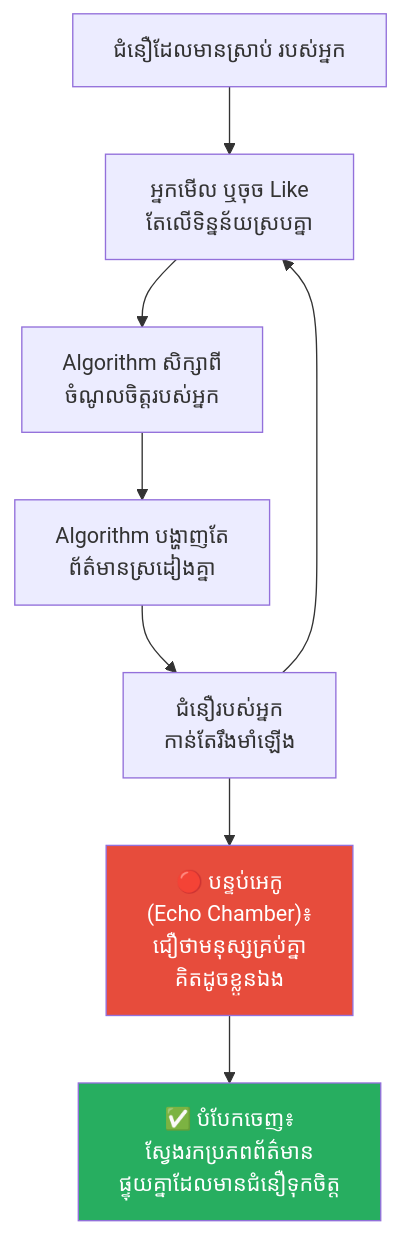
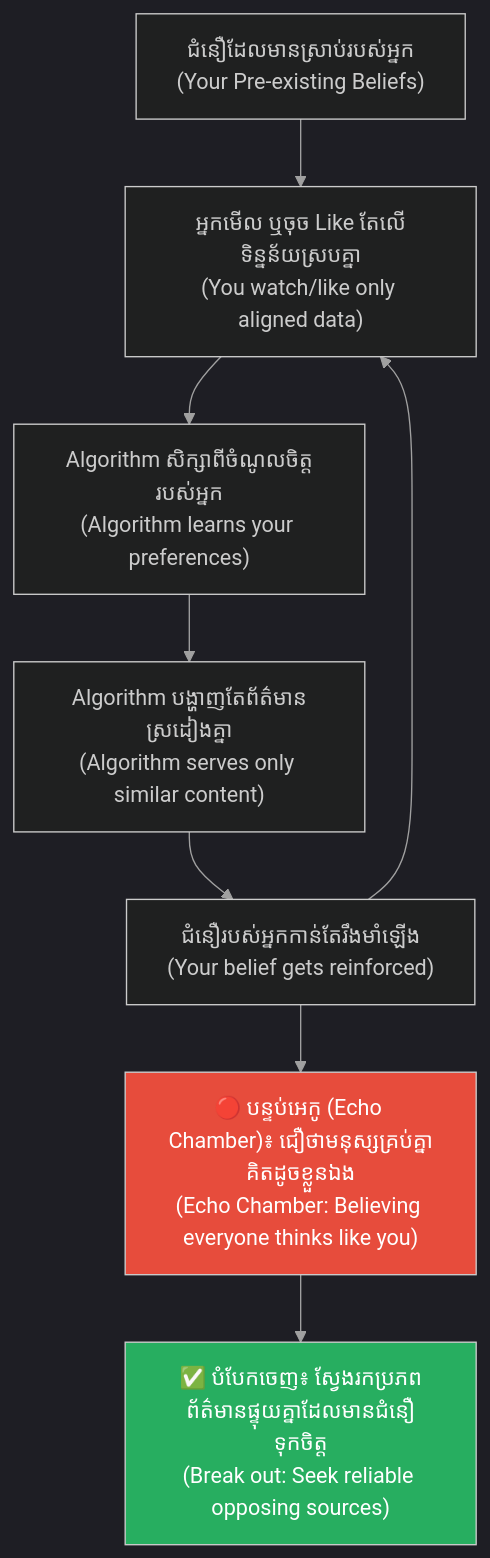
One commit to GuideStack/iblogger-feeds changed the sixth of 7 diagrams in feeds/concepts/articles/01-confirmation-bias.md. Above: the diagram before and after it, drawn with Mermaid. The commit also changed other lines of this file, not shown here.

````diff
--- a/feeds/concepts/articles/01-confirmation-bias.md
+++ b/feeds/concepts/articles/01-confirmation-bias.md
@@ -228,13 +366,22 @@
 ```mermaid
+%%{init: {
+  'theme': 'dark',
+  'themeVariables': {
+    'background': '#1e1e1e',
+    'primaryTextColor': '#ffffff',
+    'lineColor': '#a0a0a0'
+  },
+  'themeCSS': 'svg { background-color: #1e1e1e !important; padding: 1rem !important; border-radius: 8px !important; } .edgeLabel rect { fill: #1e1e1e !important; } text, tspan { fill: #ffffff !important; }'
+}}%%
 graph TD
-    A["ជំនឿដែលមានស្រាប់ របស់អ្នក"] --> B["អ្នកមើល ឬចុច Like<br/>តែលើទិន្នន័យស្របគ្នា"]
-    B --> C["Algorithm សិក្សាពី<br/>ចំណូលចិត្តរបស់អ្នក"]
-    C --> D["Algorithm បង្ហាញតែ<br/>ព័ត៌មានស្រដៀងគ្នា"]
-    D --> E["ជំនឿរបស់អ្នក<br/>កាន់តែរឹងមាំឡើង"]
+    A["ជំនឿដែលមានស្រាប់របស់អ្នក<br/>(Your Pre-existing Beliefs)"] --> B["អ្នកមើល ឬចុច Like តែលើទិន្នន័យស្របគ្នា<br/>(You watch/like only aligned data)"]
+    B --> C["Algorithm សិក្សាពីចំណូលចិត្តរបស់អ្នក<br/>(Algorithm learns your preferences)"]
+    C --> D["Algorithm បង្ហាញតែព័ត៌មានស្រដៀងគ្នា<br/>(Algorithm serves only similar content)"]
+    D --> E["ជំនឿរបស់អ្នកកាន់តែរឹងមាំឡើង<br/>(Your belief gets reinforced)"]
     E --> B
-    E --> F["🔴 បន្ទប់អេកូ<br/>(Echo Chamber)៖<br/>ជឿថាមនុស្សគ្រប់គ្នា<br/>គិតដូចខ្លួនឯង"]
-    F --> G["✅ បំបែកចេញ៖<br/>ស្វែងរកប្រភពព័ត៌មាន<br/>ផ្ទុយគ្នាដែលមានជំនឿទុកចិត្ត"]
+    E --> F["🔴 បន្ទប់អេកូ (Echo Chamber)៖ ជឿថាមនុស្សគ្រប់គ្នាគិតដូចខ្លួនឯង<br/>(Echo Chamber: Believing everyone thinks like you)"]
+    F --> G["✅ បំបែកចេញ៖ ស្វែងរកប្រភពព័ត៌មានផ្ទុយគ្នាដែលមានជំនឿទុកចិត្ត<br/>(Break out: Seek reliable opposing sources)"]
 
     style F fill:#e74c3c,color:#fff
     style G fill:#27ae60,color:#fff
 ```
````
